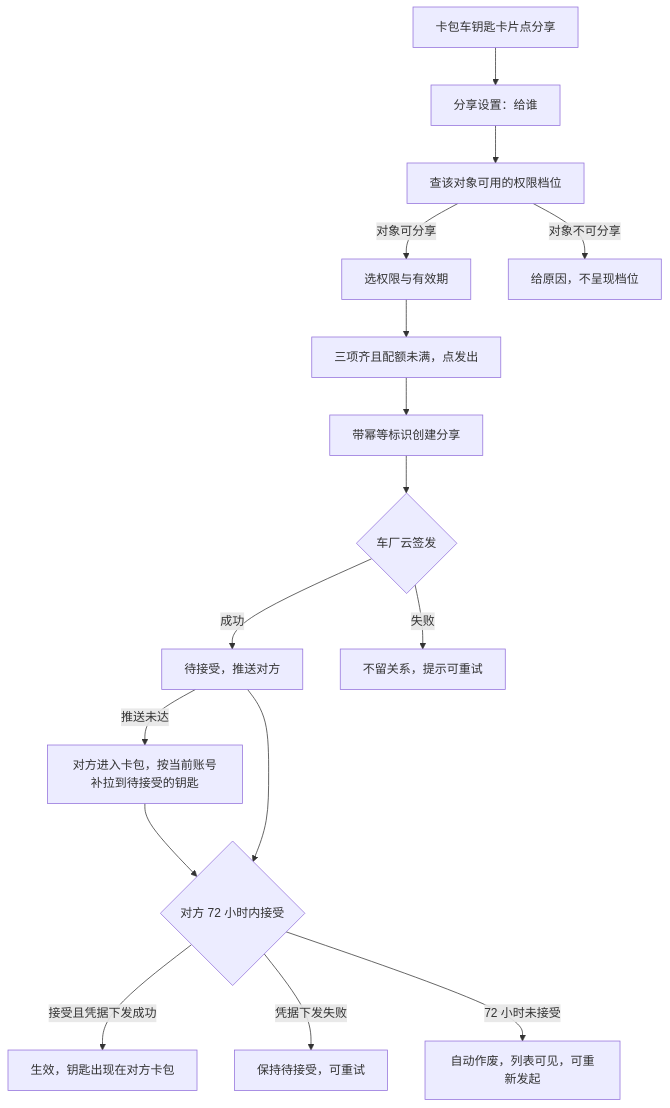
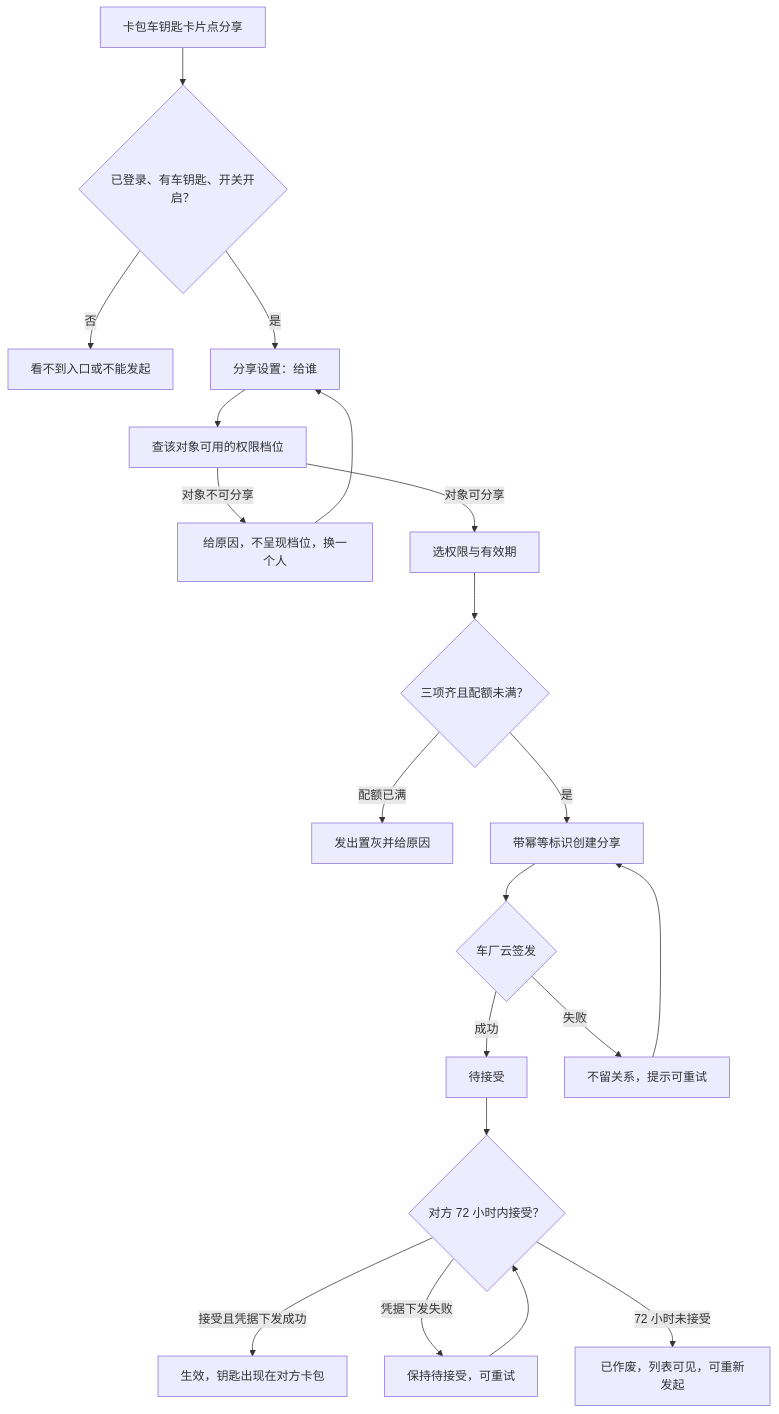
The first of 4 diagrams in doc/plan/2.0.3/2026-10-07-整体设计/实施反馈/金样候选/car-key-sharing/plan-ready/sharing-wallet-slice/spec/spec.md (sqsqsq/SimulatedWalletForHmos), drawn with Mermaid before and after one commit. The commit also changed other lines of this file and 38 other files, not shown here.

````diff
--- a/doc/plan/2.0.3/2026-10-07-整体设计/实施反馈/金样候选/car-key-sharing/plan-ready/sharing-wallet-slice/spec/spec.md
+++ b/doc/plan/2.0.3/2026-10-07-整体设计/实施反馈/金样候选/car-key-sharing/plan-ready/sharing-wallet-slice/spec/spec.md
@@ -129,18 +197,22 @@
 ```mermaid
 flowchart TD
-    A[卡包车钥匙卡片点分享] --> B[分享设置：给谁]
+    A[卡包车钥匙卡片点分享] --> G0{已登录、有车钥匙、开关开启？}
+    G0 -->|否| X[看不到入口或不能发起]
+    G0 -->|是| B[分享设置：给谁]
     B --> C[查该对象可用的权限档位]
+    C -->|对象不可分享| E[给原因，不呈现档位，换一个人]
+    E --> B
     C -->|对象可分享| D[选权限与有效期]
-    C -->|对象不可分享| E[给原因，不呈现档位]
-    D --> F[三项齐且配额未满，点发出]
-    F --> G[带幂等标识创建分享]
-    G --> H{车厂云签发}
-    H -->|成功| I[待接受，推送对方]
-    I -->|推送未达| P2[对方进入卡包，按当前账号补拉到待接受的钥匙]
-    P2 --> K
+    D --> Q{三项齐且配额未满？}
+    Q -->|配额已满| QF[发出置灰并给原因]
+    Q -->|是| F[带幂等标识创建分享]
+    F --> H{车厂云签发}
+    H -->|成功| I[待接受]
     H -->|失败| J[不留关系，提示可重试]
-    I --> K{对方 72 小时内接受}
+    J --> F
+    I --> K{对方 72 小时内接受？}
     K -->|接受且凭据下发成功| L[生效，钥匙出现在对方卡包]
     K -->|凭据下发失败| M[保持待接受，可重试]
-    K -->|72 小时未接受| N[自动作废，列表可见，可重新发起]
+    M --> K
+    K -->|72 小时未接受| N[已作废，列表可见，可重新发起]
 ```
````
